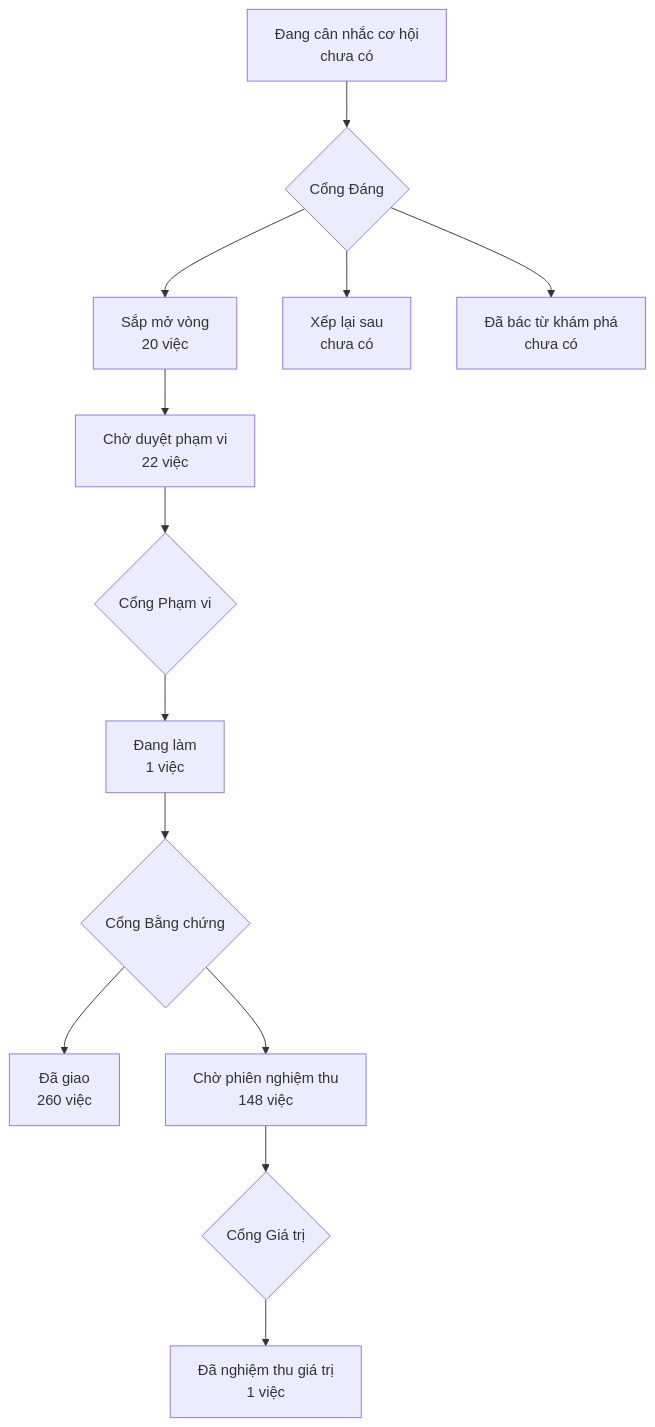
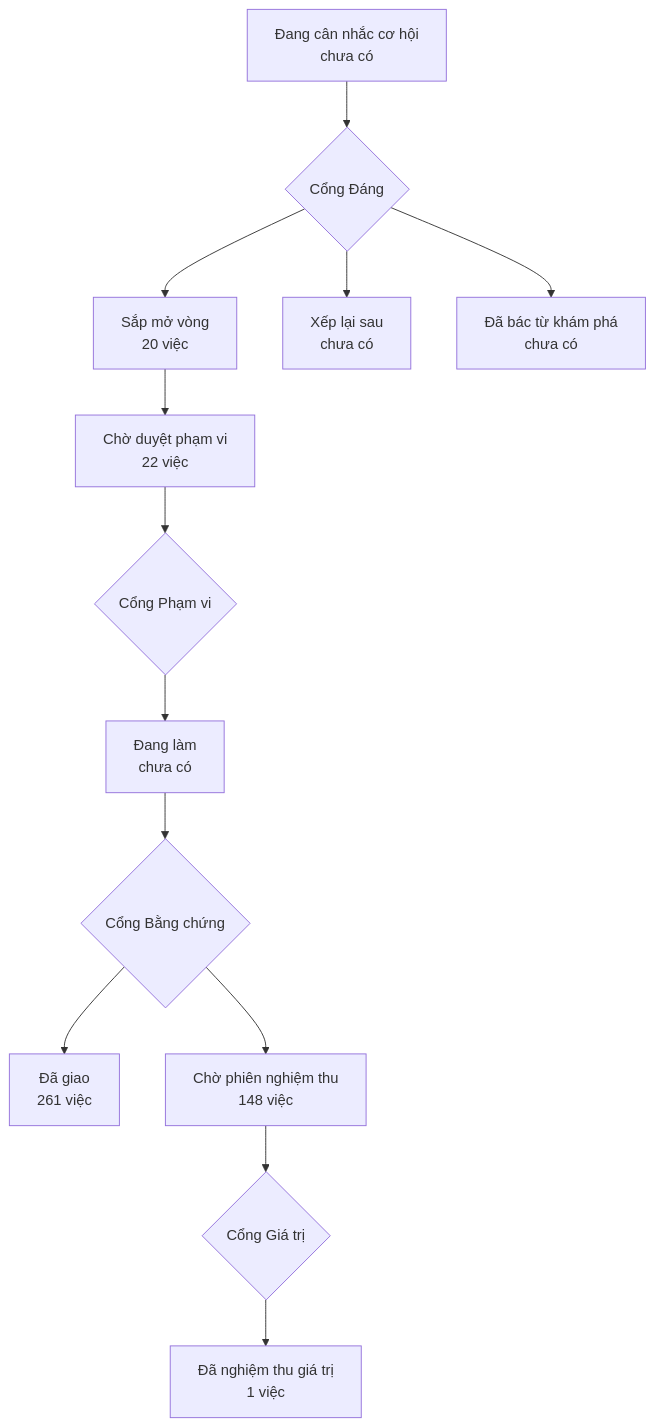
The diagram in PRODUCT-MAP.md (phanlemanh/onehub-invest), drawn with Mermaid before and after one commit. The commit also changed other lines of this file and 4 other files, not shown here.

````diff
--- a/PRODUCT-MAP.md
+++ b/PRODUCT-MAP.md
@@ -7,12 +7,12 @@
 ```mermaid
 flowchart TD
   A["Đang cân nhắc cơ hội<br/>chưa có"] --> GD{"Cổng Đáng"}
   GD --> B["Sắp mở vòng<br/>20 việc"]
   GD --> XL["Xếp lại sau<br/>chưa có"]
   GD --> DB["Đã bác từ khám phá<br/>chưa có"]
   B --> CD["Chờ duyệt phạm vi<br/>22 việc"] --> GP{"Cổng Phạm vi"}
-  GP --> DL["Đang làm<br/>1 việc"] --> GB{"Cổng Bằng chứng"}
-  GB --> DG["Đã giao<br/>260 việc"]
+  GP --> DL["Đang làm<br/>chưa có"] --> GB{"Cổng Bằng chứng"}
+  GB --> DG["Đã giao<br/>261 việc"]
   GB --> CN["Chờ phiên nghiệm thu<br/>148 việc"] --> GG{"Cổng Giá trị"}
   GG --> NT["Đã nghiệm thu giá trị<br/>1 việc"]
 ```
````
